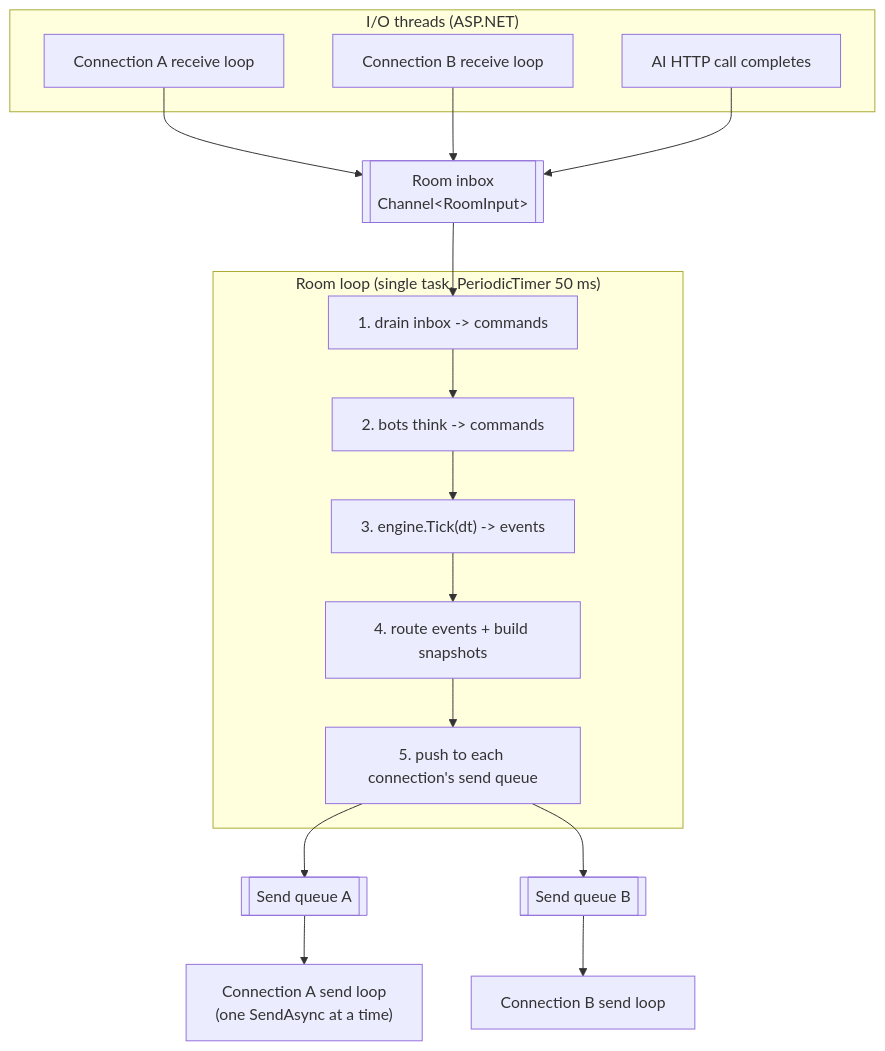
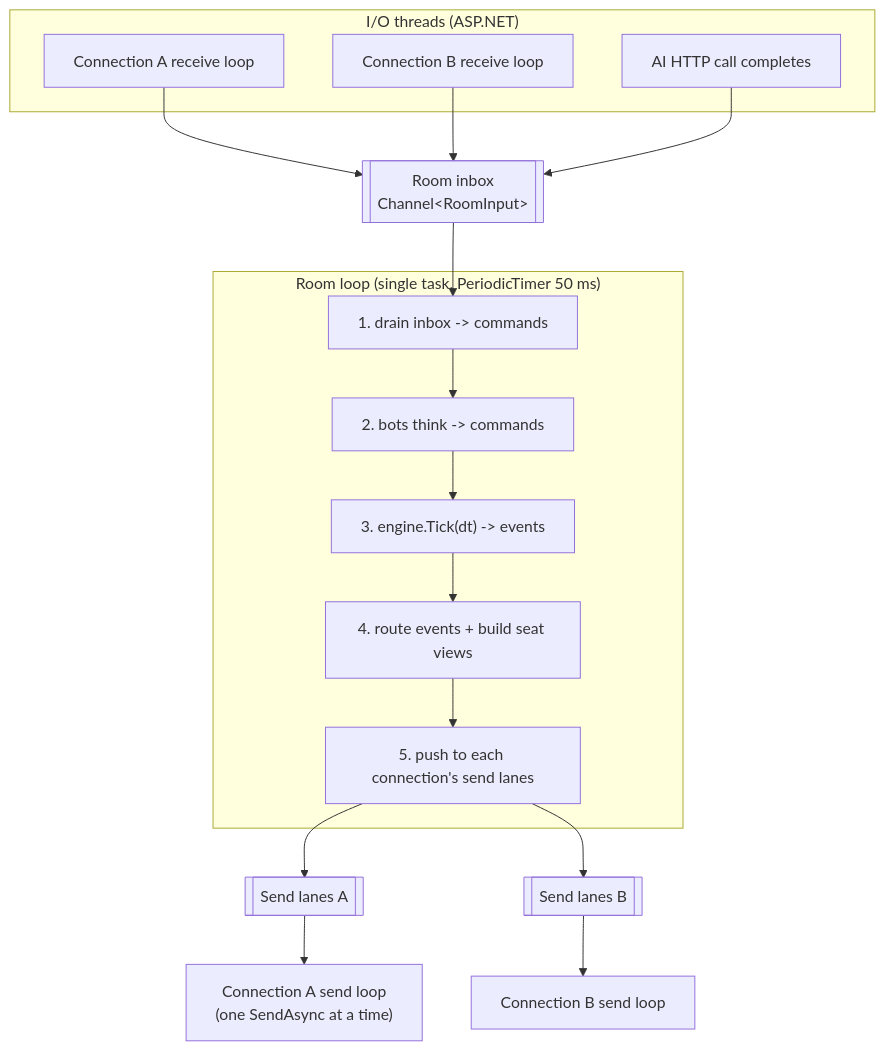
One commit to Faouzi-Blibech/EcoSus-Uncycled changed the second of 6 diagrams in docs/architecture/02-server.md. Above: the diagram before and after it, drawn with Mermaid. The commit also changed other lines of this file and 11 other files, not shown here.

Commit message:
docs: second design review (2026-11-14) for the architecture views and the design spec

````diff
--- a/docs/architecture/02-server.md
+++ b/docs/architecture/02-server.md
@@ -53,27 +79,27 @@
 ```mermaid
 flowchart TB
     subgraph io["I/O threads (ASP.NET)"]
         r1["Connection A receive loop"]
         r2["Connection B receive loop"]
         ai["AI HTTP call completes"]
     end
     q[["Room inbox<br/>Channel&lt;RoomInput&gt;"]]
     subgraph loop["Room loop (single task, PeriodicTimer 50 ms)"]
         drain["1. drain inbox -> commands"]
         botsx["2. bots think -> commands"]
         tick["3. engine.Tick(dt) -> events"]
-        route["4. route events + build snapshots"]
-        enqueue["5. push to each connection's send queue"]
+        route["4. route events + build seat views"]
+        enqueue["5. push to each connection's send lanes"]
     end
-    s1[["Send queue A"]]
-    s2[["Send queue B"]]
+    s1[["Send lanes A"]]
+    s2[["Send lanes B"]]
     w1["Connection A send loop<br/>(one SendAsync at a time)"]
     w2["Connection B send loop"]
 
     r1 --> q
     r2 --> q
     ai --> q
     q --> drain --> botsx --> tick --> route --> enqueue
     enqueue --> s1 --> w1
     enqueue --> s2 --> w2
 ```
````
